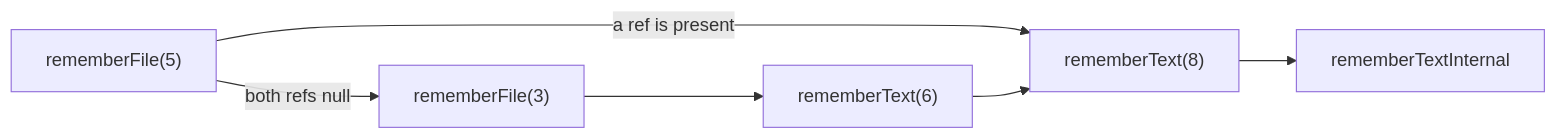
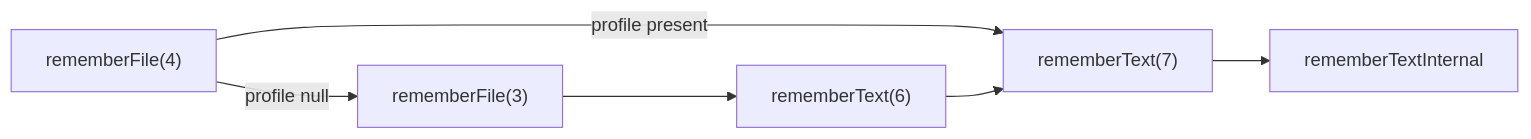
One commit to embabel/dice changed the third of 3 diagrams in docs/design/extraction-profiles.md. Above: the diagram before and after it, drawn with Mermaid. The commit also changed other lines of this file and 13 other files, not shown here.

````diff
--- a/docs/design/extraction-profiles.md
+++ b/docs/design/extraction-profiles.md
@@ -191,7 +156,7 @@
 ```mermaid
 flowchart LR
     F3["rememberFile(3)"] --> T6
-    F5["rememberFile(5)"] -->|"both refs null"| F3
-    F5 -->|"a ref is present"| T8
-    T6["rememberText(6)"] --> T8["rememberText(8)"] --> I["rememberTextInternal"]
+    F4["rememberFile(4)"] -->|"profile null"| F3
+    F4 -->|"profile present"| T7
+    T6["rememberText(6)"] --> T7["rememberText(7)"] --> I["rememberTextInternal"]
 ```
````
